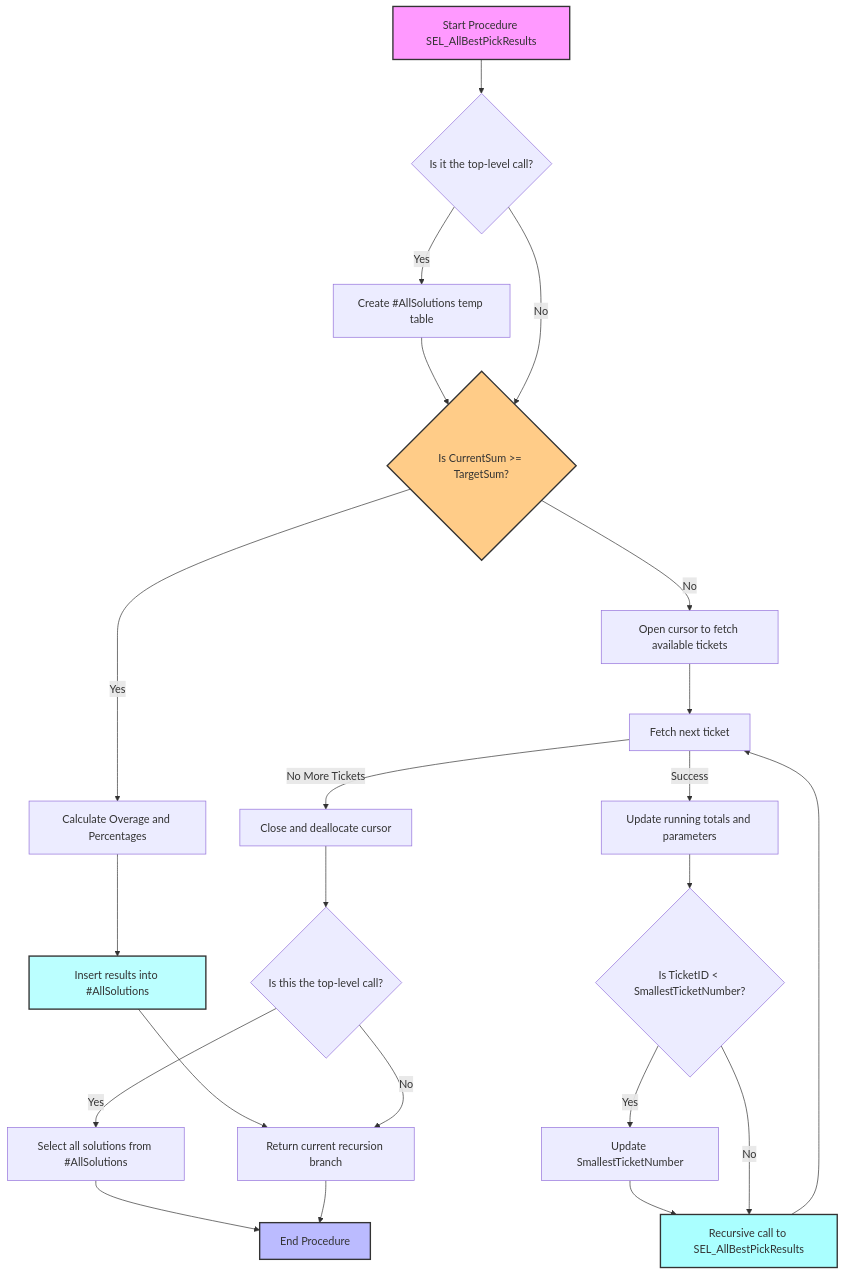
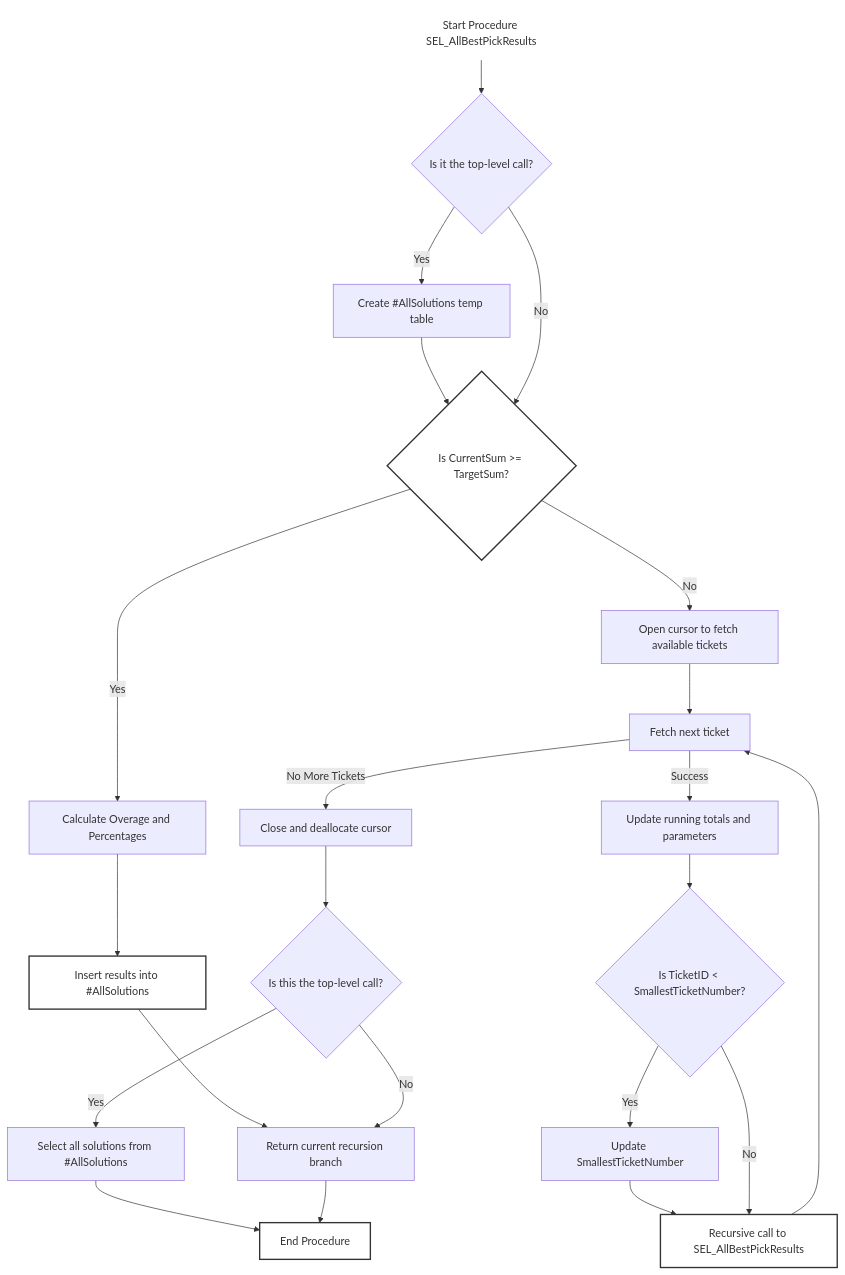
The diagram in README.md (mellron/corptreasury), drawn with Mermaid before and after one commit. The commit also changed other lines of this file, not shown here.

````diff
--- a/README.md
+++ b/README.md
@@ -28,36 +28,30 @@
 ```mermaid
 flowchart TD
-    Start["Start Procedure SEL_AllBestPickResults"] --> CheckTopLevel{Is it the top-level call?}
-    CheckTopLevel -->|Yes| CreateTempTable["Create #AllSolutions temp table"]
-    CreateTempTable --> CheckBaseCase{Is CurrentSum >= TargetSum?}
-    CheckTopLevel -->|No| CheckBaseCase
-
-    CheckBaseCase -->|Yes| CalculateMetrics["Calculate Overage and Percentages"]
+    Start["Start Procedure SEL_AllBestPickResults"] --> CheckTopLevel{"Is it the top-level call?"}
+    CheckTopLevel -- Yes --> CreateTempTable["Create #AllSolutions temp table"]
+    CreateTempTable --> CheckBaseCase{"Is CurrentSum >= TargetSum?"}
+    CheckTopLevel -- No --> CheckBaseCase
+    CheckBaseCase -- Yes --> CalculateMetrics["Calculate Overage and Percentages"]
     CalculateMetrics --> InsertSolution["Insert results into #AllSolutions"]
     InsertSolution --> ReturnBranch["Return current recursion branch"]
-
-    CheckBaseCase -->|No| OpenCursor["Open cursor to fetch available tickets"]
+    CheckBaseCase -- No --> OpenCursor["Open cursor to fetch available tickets"]
     OpenCursor --> FetchNextTicket["Fetch next ticket"]
-
-    FetchNextTicket -->|Success| UpdateVariables["Update running totals and parameters"]
-    UpdateVariables --> CheckSmallestTicket{Is TicketID < SmallestTicketNumber?}
-    CheckSmallestTicket -->|Yes| UpdateSmallest["Update SmallestTicketNumber"]
+    FetchNextTicket -- Success --> UpdateVariables["Update running totals and parameters"]
+    UpdateVariables --> CheckSmallestTicket{"Is TicketID &lt; SmallestTicketNumber?"}
+    CheckSmallestTicket -- Yes --> UpdateSmallest["Update SmallestTicketNumber"]
     UpdateSmallest --> RecursiveCall["Recursive call to SEL_AllBestPickResults"]
-    CheckSmallestTicket -->|No| RecursiveCall
+    CheckSmallestTicket -- No --> RecursiveCall
     RecursiveCall --> FetchNextTicket
-
-    FetchNextTicket -->|No More Tickets| CloseCursor["Close and deallocate cursor"]
-    CloseCursor --> CheckTopLevelEnd{Is this the top-level call?}
-
-    CheckTopLevelEnd -->|Yes| SelectSolutions["Select all solutions from #AllSolutions"]
+    FetchNextTicket -- No More Tickets --> CloseCursor["Close and deallocate cursor"]
+    CloseCursor --> CheckTopLevelEnd{"Is this the top-level call?"}
+    CheckTopLevelEnd -- Yes --> SelectSolutions["Select all solutions from #AllSolutions"]
     SelectSolutions --> End["End Procedure"]
-    CheckTopLevelEnd -->|No| ReturnBranch
-
+    CheckTopLevelEnd -- No --> ReturnBranch
     ReturnBranch --> End
 
-    style Start fill:#f9f,stroke:#333,stroke-width:2px
-    style End fill:#bbf,stroke:#333,stroke-width:2px
-    style InsertSolution fill:#bff,stroke:#333,stroke-width:2px
-    style CheckBaseCase fill:#fc8,stroke:#333,stroke-width:2px
-    style RecursiveCall fill:#aff,stroke:#333,stroke-width:2px
+    style Start fill:#FFFFFF,stroke:#FFFFFF,stroke-width:2px
+    style CheckBaseCase fill:#FFFFFF,stroke:#333,stroke-width:2px
+    style InsertSolution fill:#FFFFFF,stroke:#333,stroke-width:2px
+    style RecursiveCall fill:#FFFFFF,stroke:#333,stroke-width:2px
+    style End fill:#FFFFFF,stroke:#333,stroke-width:2px
 ```
````
